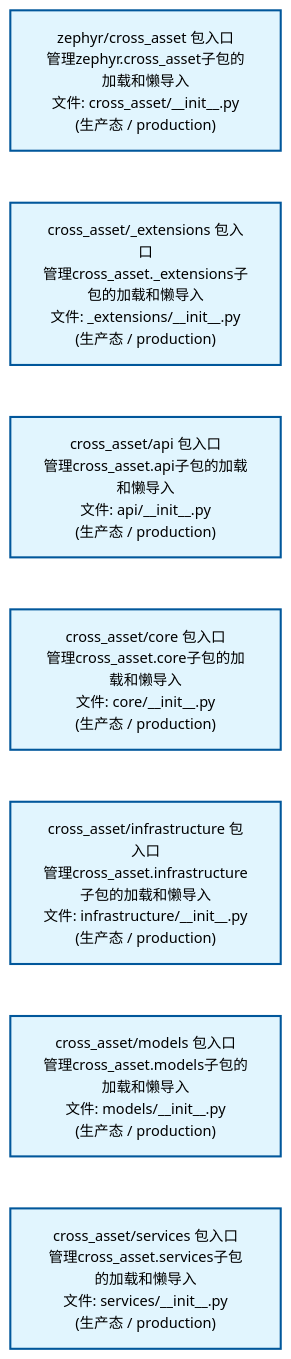
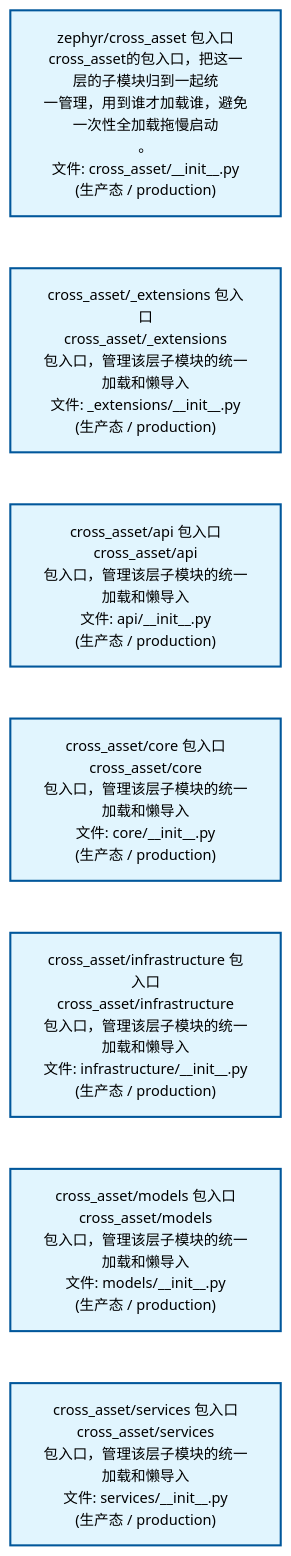
Before and after one commit to xuanFelixVan/ZephyrAlpha: the second of 2 diagrams in docs/02_enterprise_architecture/02_domain_architecture_docs/40_d_cross_asset.md, drawn with Mermaid. The commit also changed other lines of this file and 58 other files, not shown here.

````diff
--- a/docs/02_enterprise_architecture/02_domain_architecture_docs/40_d_cross_asset.md
+++ b/docs/02_enterprise_architecture/02_domain_architecture_docs/40_d_cross_asset.md
@@ -80,22 +80,22 @@
 ```mermaid
 %%{init: {'theme': 'base', 'themeVariables': {'primaryColor': '#eaeaea', 'primaryTextColor': '#333333', 'primaryBorderColor': '#666666', 'lineColor': '#666666', 'secondaryColor': '#eaeaea', 'tertiaryColor': '#eaeaea', 'fontSize': '14px'}}}%%
 flowchart TD
-    src_zephyr_cross_asset_init_py["zephyr/cross_asset 包入口<br/>管理zephyr.cross_asset子包的加载和懒导入<br/>文件: cross_asset/__init__.py<br/>(生产态 / production)"]
-    src_zephyr_cross_asset_extensions_init_py["cross_asset/_extensions 包入口<br/>管理cross_asset._extensions子包的加载和懒导入<br/>文件: _extensions/__init__.py<br/>(生产态 / production)"]
-    src_zephyr_cross_asset_api_init_py["cross_asset/api 包入口<br/>管理cross_asset.api子包的加载和懒导入<br/>文件: api/__init__.py<br/>(生产态 / production)"]
-    src_zephyr_cross_asset_core_init_py["cross_asset/core 包入口<br/>管理cross_asset.core子包的加载和懒导入<br/>文件: core/__init__.py<br/>(生产态 / production)"]
-    src_zephyr_cross_asset_infrastructure_init_py["cross_asset/infrastructure 包入口<br/>管理cross_asset.infrastructure子包的加载和懒导入<br/>文件: infrastructure/__init__.py<br/>(生产态 / production)"]
-    src_zephyr_cross_asset_models_init_py["cross_asset/models 包入口<br/>管理cross_asset.models子包的加载和懒导入<br/>文件: models/__init__.py<br/>(生产态 / production)"]
-    src_zephyr_cross_asset_services_init_py["cross_asset/services 包入口<br/>管理cross_asset.services子包的加载和懒导入<br/>文件: services/__init__.py<br/>(生产态 / production)"]
+    src_zephyr_cross_asset_init_py["zephyr/cross_asset 包入口<br/>cross_asset的包入口，把这一层的子模块归到一起统<br/>一管理，用到谁才加载谁，避免一次性全加载拖慢启动<br/>。<br/>文件: cross_asset/__init__.py<br/>(生产态 / production)"]
+    src_zephyr_cross_asset_extensions_init_py["cross_asset/_extensions 包入口<br/>cross_asset/_extensions<br/>包入口，管理该层子模块的统一加载和懒导入<br/>文件: _extensions/__init__.py<br/>(生产态 / production)"]
+    src_zephyr_cross_asset_api_init_py["cross_asset/api 包入口<br/>cross_asset/api<br/>包入口，管理该层子模块的统一加载和懒导入<br/>文件: api/__init__.py<br/>(生产态 / production)"]
+    src_zephyr_cross_asset_core_init_py["cross_asset/core 包入口<br/>cross_asset/core<br/>包入口，管理该层子模块的统一加载和懒导入<br/>文件: core/__init__.py<br/>(生产态 / production)"]
+    src_zephyr_cross_asset_infrastructure_init_py["cross_asset/infrastructure 包入口<br/>cross_asset/infrastructure<br/>包入口，管理该层子模块的统一加载和懒导入<br/>文件: infrastructure/__init__.py<br/>(生产态 / production)"]
+    src_zephyr_cross_asset_models_init_py["cross_asset/models 包入口<br/>cross_asset/models<br/>包入口，管理该层子模块的统一加载和懒导入<br/>文件: models/__init__.py<br/>(生产态 / production)"]
+    src_zephyr_cross_asset_services_init_py["cross_asset/services 包入口<br/>cross_asset/services<br/>包入口，管理该层子模块的统一加载和懒导入<br/>文件: services/__init__.py<br/>(生产态 / production)"]
     src_zephyr_cross_asset_init_py ~~~ src_zephyr_cross_asset_extensions_init_py
     src_zephyr_cross_asset_extensions_init_py ~~~ src_zephyr_cross_asset_api_init_py
     src_zephyr_cross_asset_api_init_py ~~~ src_zephyr_cross_asset_core_init_py
     src_zephyr_cross_asset_core_init_py ~~~ src_zephyr_cross_asset_infrastructure_init_py
     src_zephyr_cross_asset_infrastructure_init_py ~~~ src_zephyr_cross_asset_models_init_py
     src_zephyr_cross_asset_models_init_py ~~~ src_zephyr_cross_asset_services_init_py
     classDef production fill:#e1f5fe,stroke:#01579b,stroke-width:2px,color:#000
     classDef design fill:#fff3e0,stroke:#e65100,stroke-width:2px,color:#000,stroke-dasharray: 5 5
     classDef external_prod fill:#e8f4fd,stroke:#0277bd,stroke-width:1px,color:#000
     classDef external_design fill:#fff8e7,stroke:#ef6c00,stroke-width:1px,color:#000,stroke-dasharray: 5 5
     class src_zephyr_cross_asset_init_py,src_zephyr_cross_asset_extensions_init_py,src_zephyr_cross_asset_api_init_py,src_zephyr_cross_asset_core_init_py,src_zephyr_cross_asset_infrastructure_init_py,src_zephyr_cross_asset_models_init_py,src_zephyr_cross_asset_services_init_py production
 ```
````
